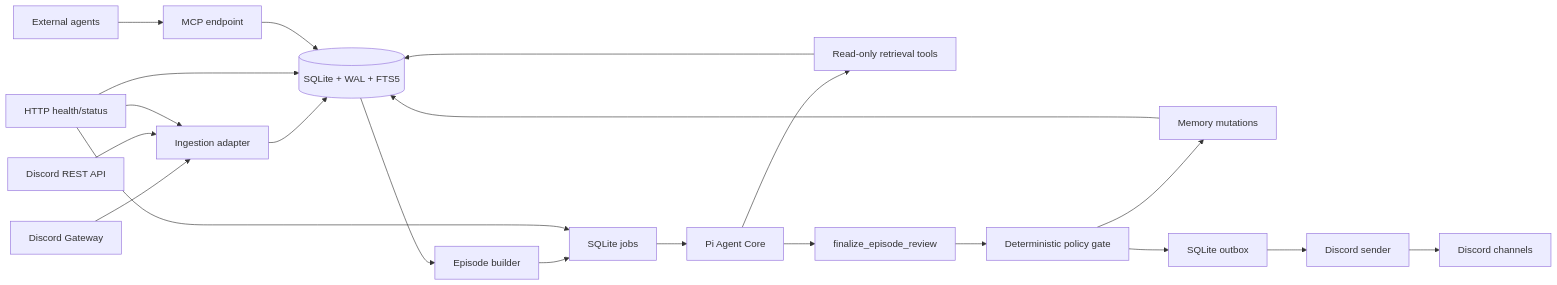
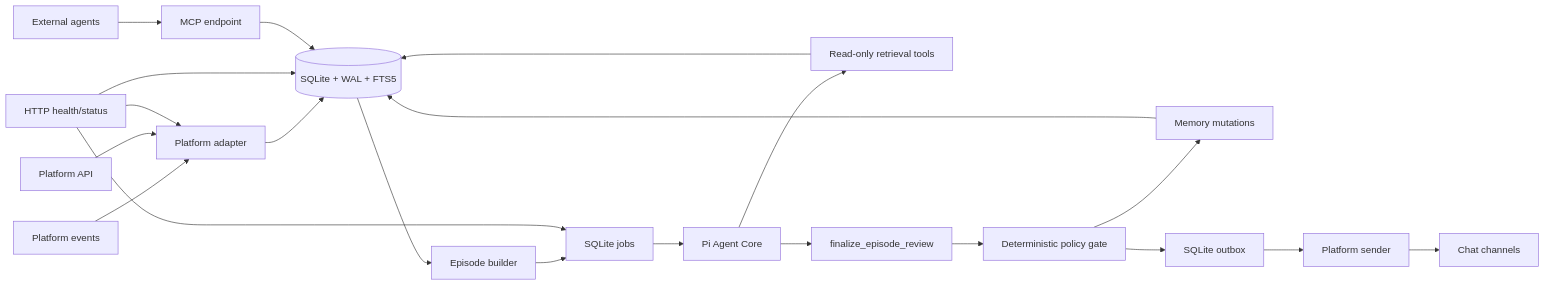
One commit to steel-experiments/mneme changed the diagram in MNEME_IMPLEMENTATION_SPEC.md. Above: the diagram before and after it, drawn with Mermaid. The commit also changed other lines of this file and 2 other files, not shown here.

First line of the commit message:
docs(spec): define platform adapters and Slack rules

````diff
--- a/MNEME_IMPLEMENTATION_SPEC.md
+++ b/MNEME_IMPLEMENTATION_SPEC.md
@@ -231,25 +252,25 @@
 ```mermaid
 flowchart LR
-    D[Discord Gateway] --> I[Ingestion adapter]
-    R[Discord REST API] --> I
+    D[Platform events] --> I[Platform adapter]
+    R[Platform API] --> I
     I --> DB[(SQLite + WAL + FTS5)]
     DB --> E[Episode builder]
     E --> J[SQLite jobs]
     J --> A[Pi Agent Core]
     A --> T[Read-only retrieval tools]
     T --> DB
     A --> F[finalize_episode_review]
     F --> P[Deterministic policy gate]
     P --> M[Memory mutations]
     P --> O[SQLite outbox]
     M --> DB
-    O --> S[Discord sender]
-    S --> D2[Discord channels]
+    O --> S[Platform sender]
+    S --> D2[Chat channels]
 
     H[HTTP health/status] --> DB
     H --> I
     H --> J
 
     X[External agents] --> MC[MCP endpoint]
     MC --> DB
 ```
````
